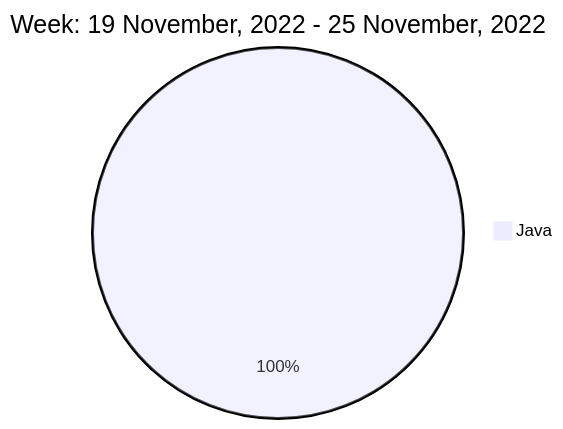
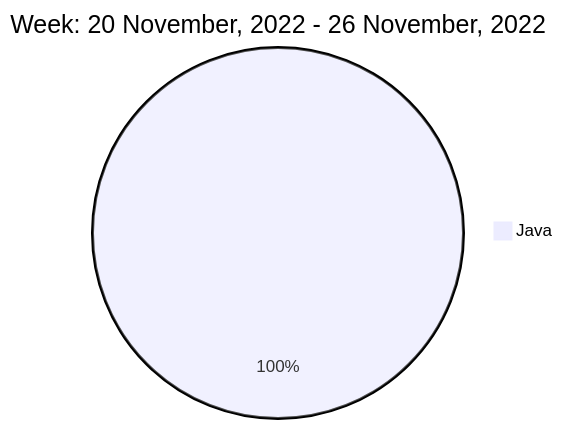
One commit to liubin95/liubin95 changed the diagram in README.md. Above: the diagram before and after it, drawn with Mermaid.

Commit message:
Updated the Graph with new Metrics

````diff
--- a/README.md
+++ b/README.md
@@ -40,5 +40,5 @@
 ```mermaid
  pie
-title Week: 19 November, 2022 - 25 November, 2022
+title Week: 20 November, 2022 - 26 November, 2022
  "Java" : 17.58
 ```
````
